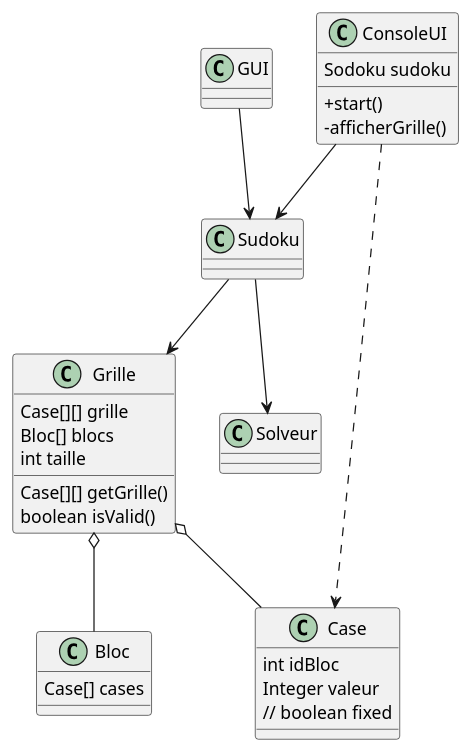
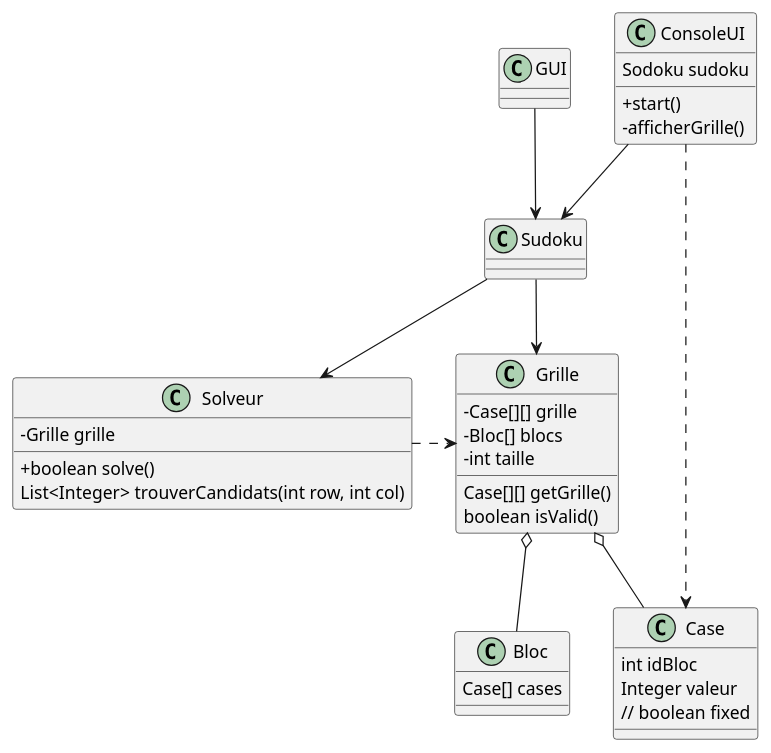
Before and after one commit to R0-M1/Sudoku: the diagram in doc/ClassDiagram.puml, drawn with PlantUML. The commit also changed 7 other files, not shown here.

```diff
--- a/doc/ClassDiagram.puml
+++ b/doc/ClassDiagram.puml
@@ -1,55 +1,61 @@
 @startuml
 'https://plantuml.com/class-diagram
 skinparam classAttributeIconSize 0
 
 class ConsoleUI {
 Sodoku sudoku
 
 
 +start()
 -afficherGrille()
 }
 
 class GUI {
 
 }
 
 GUI --> Sudoku
 ConsoleUI --> Sudoku
 ConsoleUI ..> Case
 
 Class Sudoku {
 
 }
 
 Sudoku --> Grille
 Sudoku --> Solveur
 
 class Solveur {
+-Grille grille
 
++boolean solve()
+List<Integer> trouverCandidats(int row, int col)
 }
 
+Solveur .> Grille
+
+
 class Grille {
-Case[][] grille
-Bloc[] blocs
-int taille
+-Case[][] grille
+-Bloc[] blocs
+-int taille
 
 Case[][] getGrille()
 boolean isValid()
 }
 
 Grille o-- Case
 Grille o-- Bloc
 
 class Bloc {
 Case[] cases
 }
 
 
 class Case {
 int idBloc
 Integer valeur
 // boolean fixed
 }
 
 @enduml
```
